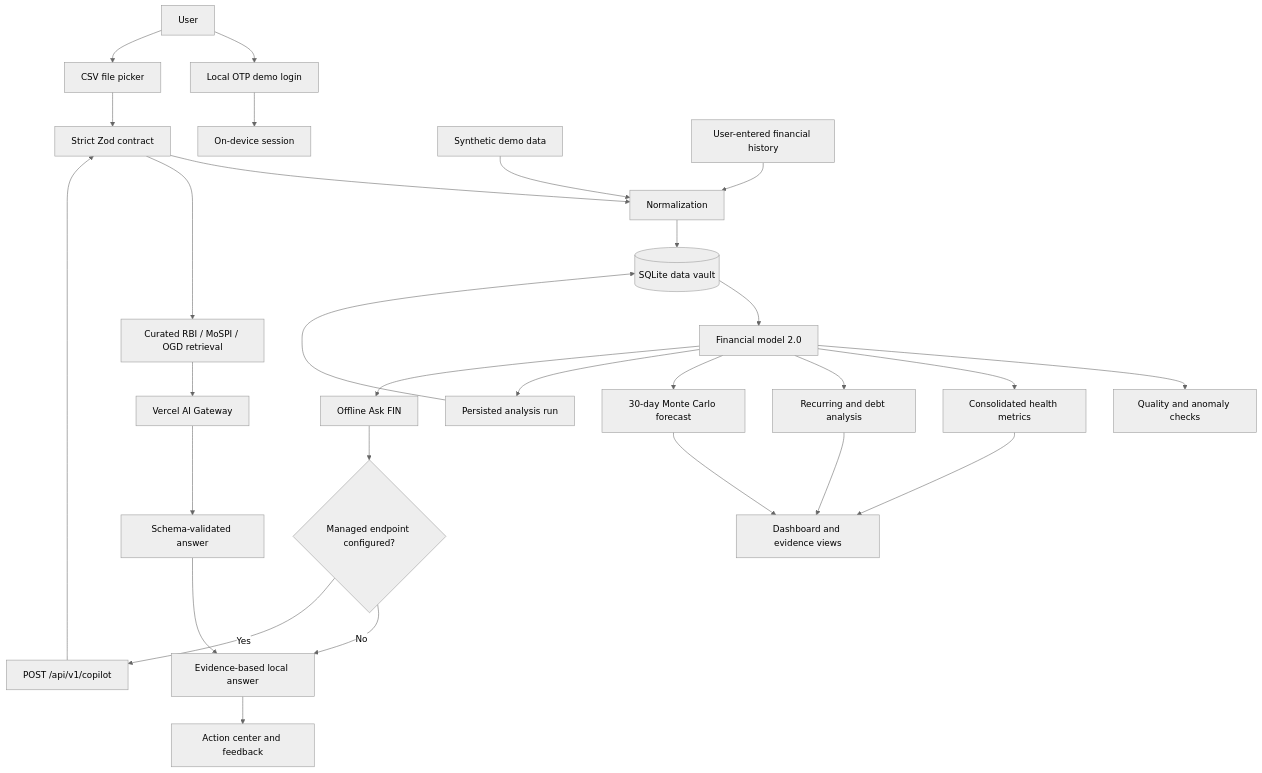
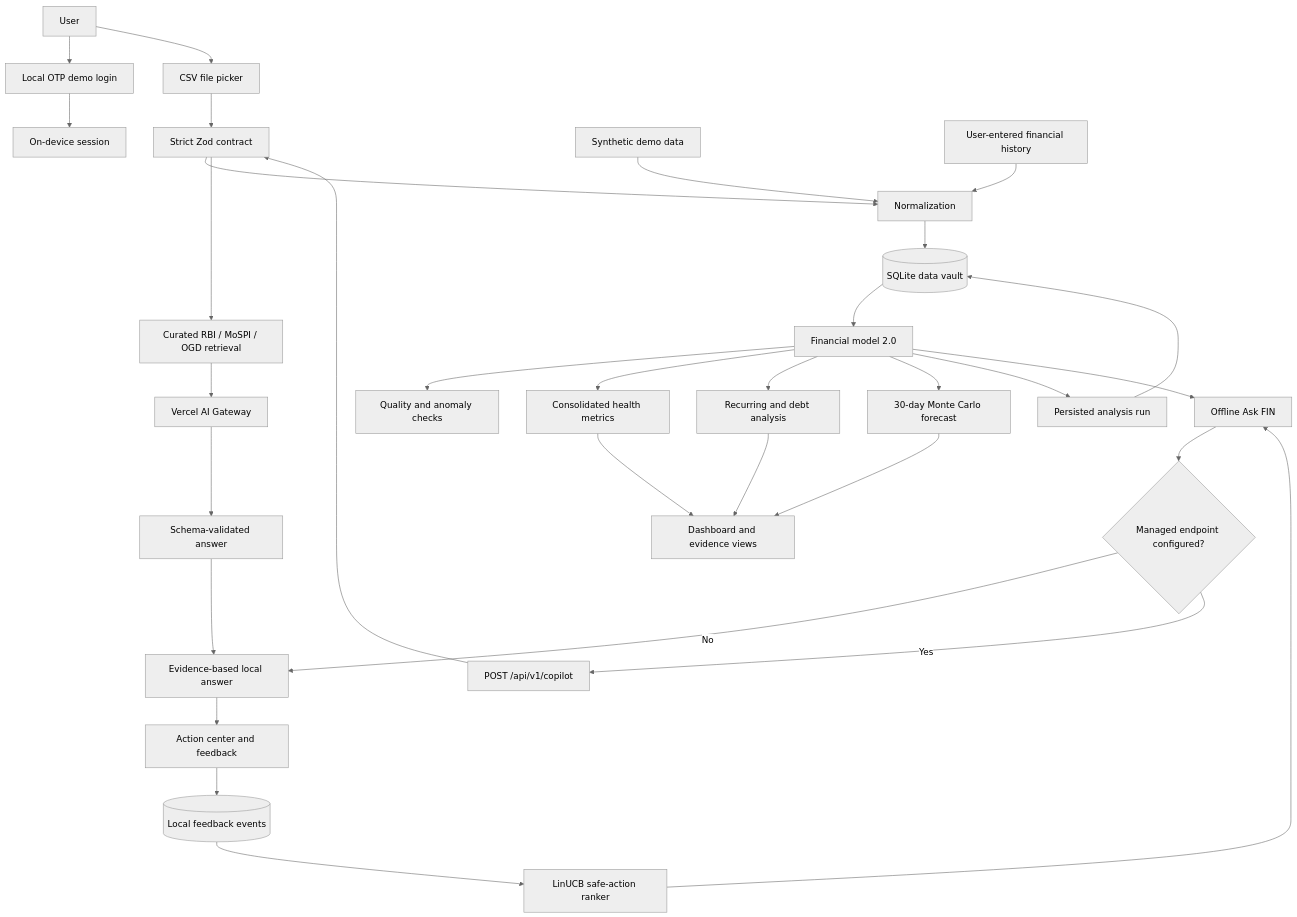
Before and after one commit to AnantHejib/HACKMATRIX-5.0: the diagram in docs/ARCHITECTURE.md, drawn with Mermaid (neutral theme). The commit also changed other lines of this file and 13 other files, not shown here.

````diff
--- a/docs/ARCHITECTURE.md
+++ b/docs/ARCHITECTURE.md
@@ -7,31 +7,34 @@
 ```mermaid
 flowchart TD
     U[User] --> L[Local OTP demo login]
     L --> S[On-device session]
     U --> P[CSV file picker]
     P --> V[Schema validation]
     X[Synthetic demo data] --> N[Normalization]
     V --> N
     H[User-entered financial history] --> N
     N --> DB[(SQLite data vault)]
     DB --> M[Financial model 2.0]
     M --> Q[Quality and anomaly checks]
     M --> C[Consolidated health metrics]
     M --> R[Recurring and debt analysis]
     M --> F[30-day Monte Carlo forecast]
     C --> UI[Dashboard and evidence views]
     R --> UI
     F --> UI
     M --> AR[Persisted analysis run]
     AR --> DB
     M --> A[Offline Ask FIN]
     A --> O{Managed endpoint configured?}
     O -- No --> Z[Evidence-based local answer]
     O -- Yes --> API[POST /api/v1/copilot]
     API --> V[Strict Zod contract]
     V --> K[Curated RBI / MoSPI / OGD retrieval]
     K --> G[Vercel AI Gateway]
     G --> SO[Schema-validated answer]
     SO --> Z
     Z --> AC[Action center and feedback]
+    AC --> FB[(Local feedback events)]
+    FB --> CB[LinUCB safe-action ranker]
+    CB --> A
 ```
````
